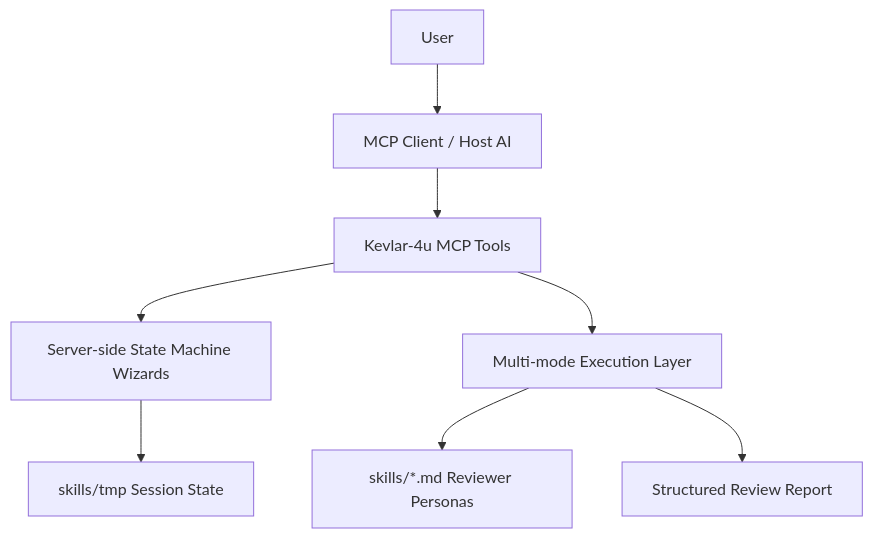
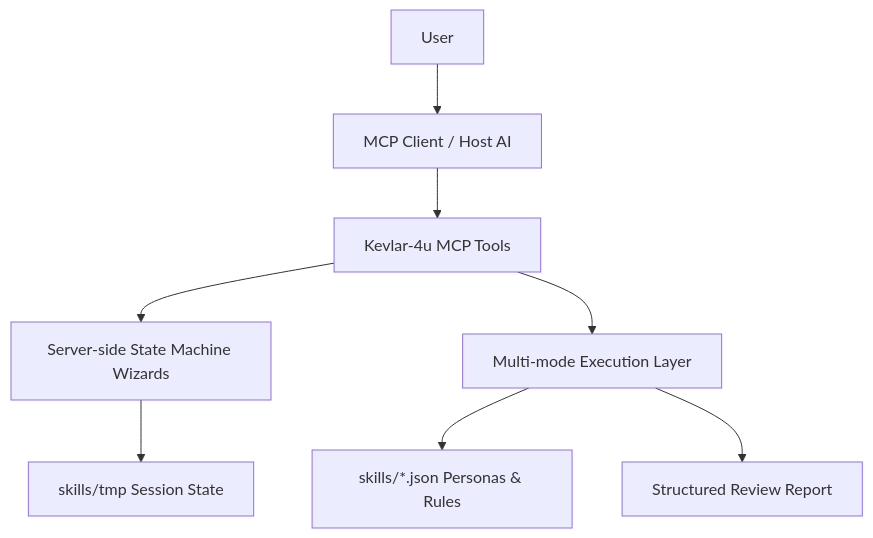
One commit to ChurzeXo/kevlar-4u changed the third of 3 diagrams in README.md. Above: the diagram before and after it, drawn with Mermaid. The commit also changed other lines of this file and 3 other files, not shown here.

````diff
--- a/README.md
+++ b/README.md
@@ -242,10 +242,10 @@
 ```mermaid
 flowchart TD
   User["User"] --> Client["MCP Client / Host AI"]
   Client --> Tools["Kevlar-4u MCP Tools"]
   Tools --> Wizards["Server-side State Machine Wizards"]
   Tools --> Execution["Multi-mode Execution Layer"]
   Wizards --> Tmp["skills/tmp Session State"]
-  Execution --> Personas["skills/*.md Reviewer Personas"]
+  Execution --> Personas["skills/*.json Personas & Rules"]
   Execution --> Report["Structured Review Report"]
 ```
````
